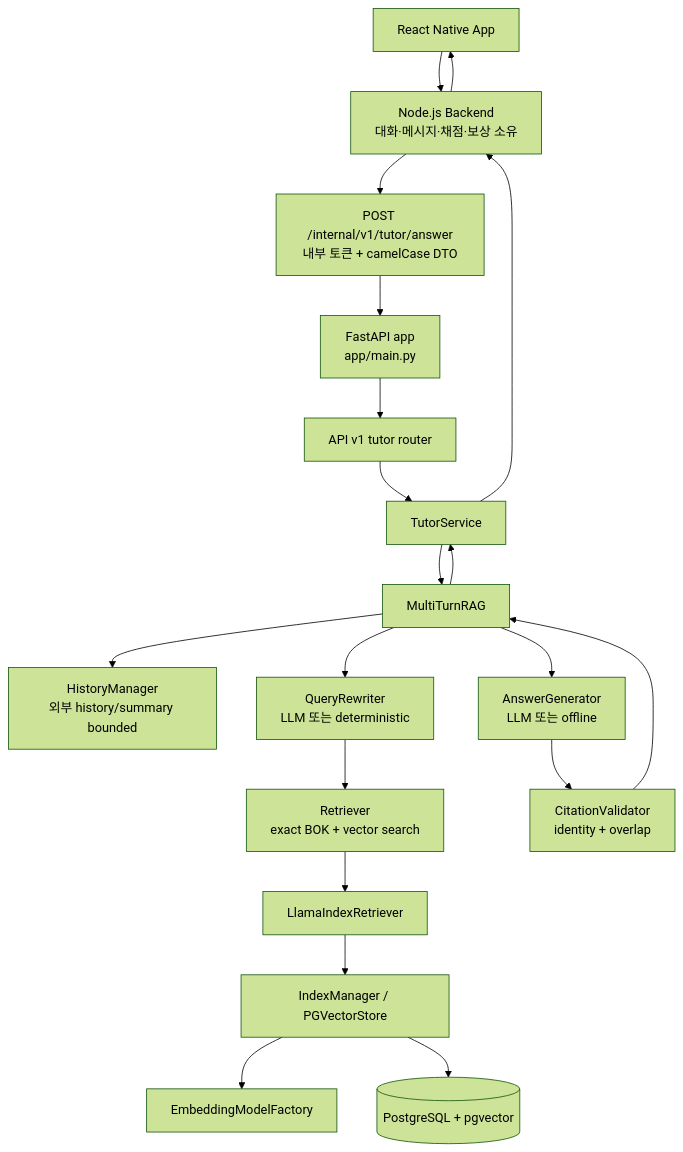
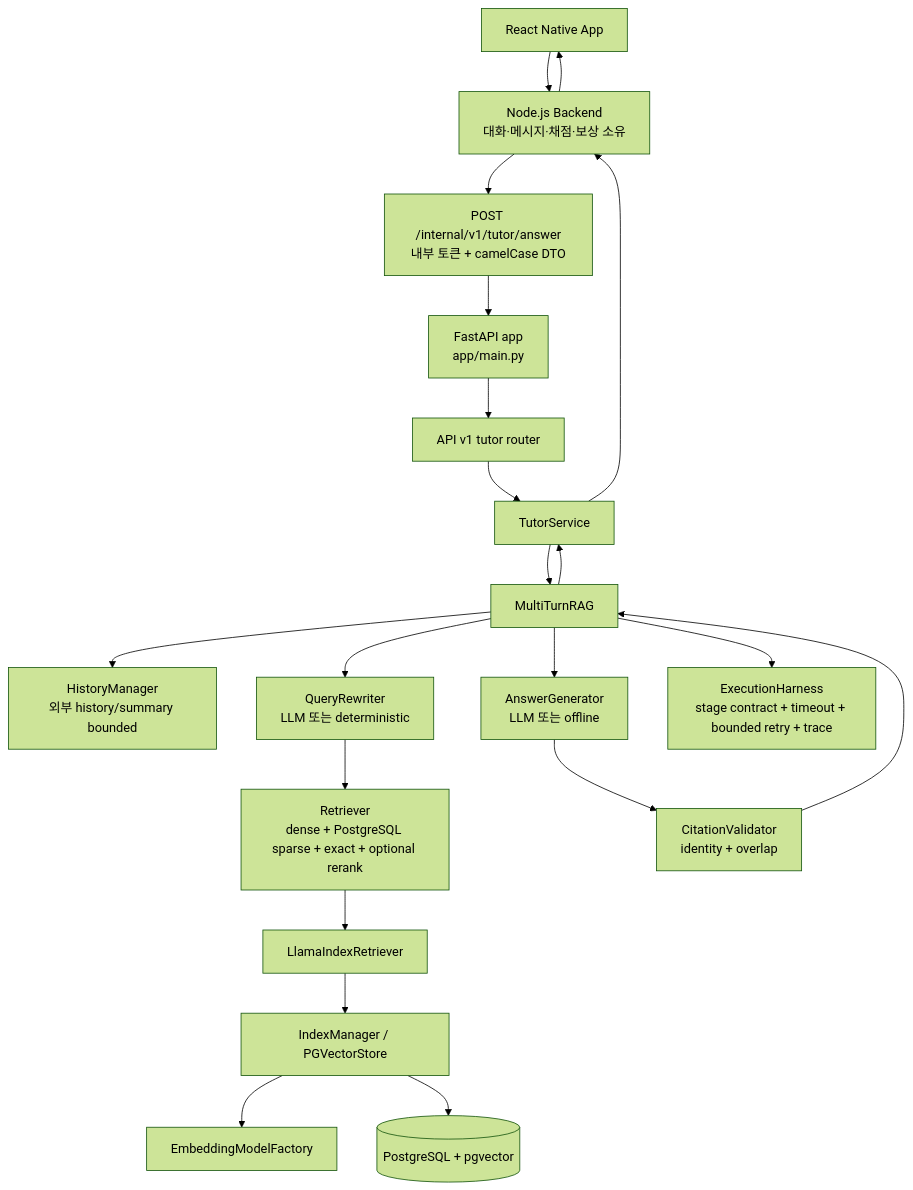
One commit to ProjectTeam02/ProjectTeam02_AI changed the first of 2 diagrams in docs/architecture.md. Above: the diagram before and after it, drawn with Mermaid (forest theme). The commit also changed other lines of this file and 26 other files, not shown here.

````diff
--- a/docs/architecture.md
+++ b/docs/architecture.md
@@ -7,31 +7,33 @@
 ```mermaid
 flowchart TD
     client[React Native App]
     node[Node.js Backend\n대화·메시지·채점·보상 소유]
     internal[POST /internal/v1/tutor/answer\n내부 토큰 + camelCase DTO]
     fastapi[FastAPI app\napp/main.py]
     router[API v1 tutor router]
     service[TutorService]
     pipeline[MultiTurnRAG]
     memory[HistoryManager\n외부 history/summary bounded]
     rewrite[QueryRewriter\nLLM 또는 deterministic]
-    retrieve[Retriever\nexact BOK + vector search]
+    retrieve[Retriever\ndense + PostgreSQL sparse + exact + optional rerank]
     llama[LlamaIndexRetriever]
     index[IndexManager / PGVectorStore]
     embed[EmbeddingModelFactory]
     generate[AnswerGenerator\nLLM 또는 offline]
     ground[CitationValidator\nidentity + overlap]
+    harness[ExecutionHarness\nstage contract + timeout + bounded retry + trace]
     pg[(PostgreSQL + pgvector)]
 
     client --> node
     node --> internal --> fastapi --> router --> service --> pipeline
     pipeline --> memory
+    pipeline --> harness
     pipeline --> rewrite
     rewrite --> retrieve --> llama --> index
     index --> embed
     index --> pg
     pipeline --> generate
     generate --> ground
     ground --> pipeline
     pipeline --> service --> node --> client
 ```
````
